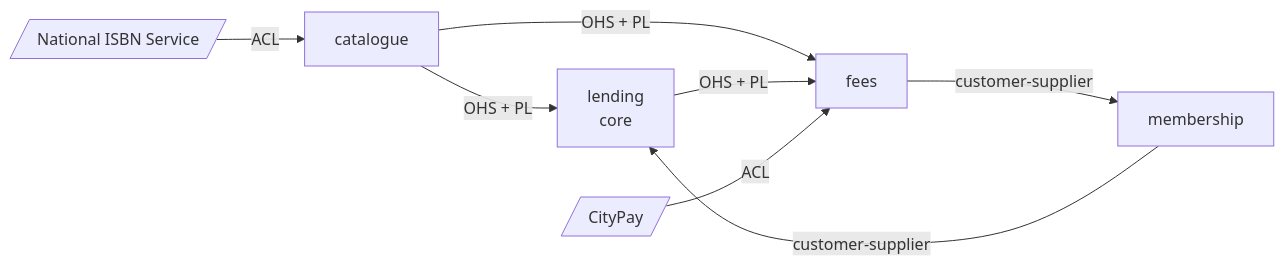
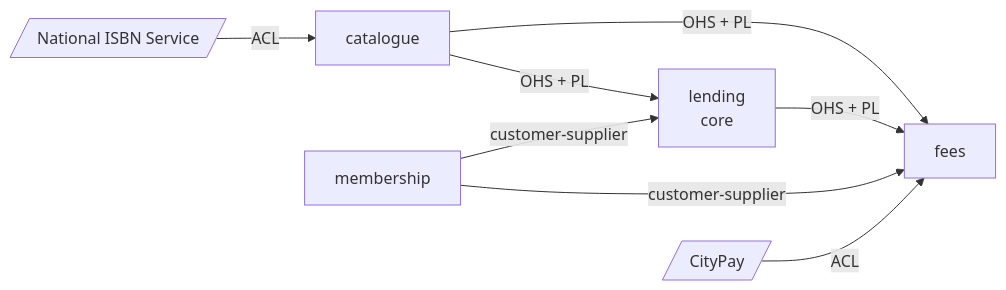
One commit to fwegener83/library-example changed the diagram in chapters/03-strategic-design.md. Above: the diagram before and after it, drawn with Mermaid. The commit also changed other lines of this file and 10 other files, not shown here.

````diff
--- a/chapters/03-strategic-design.md
+++ b/chapters/03-strategic-design.md
@@ -64,10 +64,10 @@
 ```mermaid
 flowchart LR
     ISBN[/National ISBN Service/] -->|ACL| CAT[catalogue]
     CAT -->|OHS + PL| LEN[lending<br/>core]
     CAT -->|OHS + PL| FEE[fees]
     MEM[membership] -->|customer-supplier| LEN
     LEN -->|OHS + PL| FEE
-    FEE -->|customer-supplier| MEM
+    MEM -->|customer-supplier| FEE
     PAY[/CityPay/] -->|ACL| FEE
 ```
````
